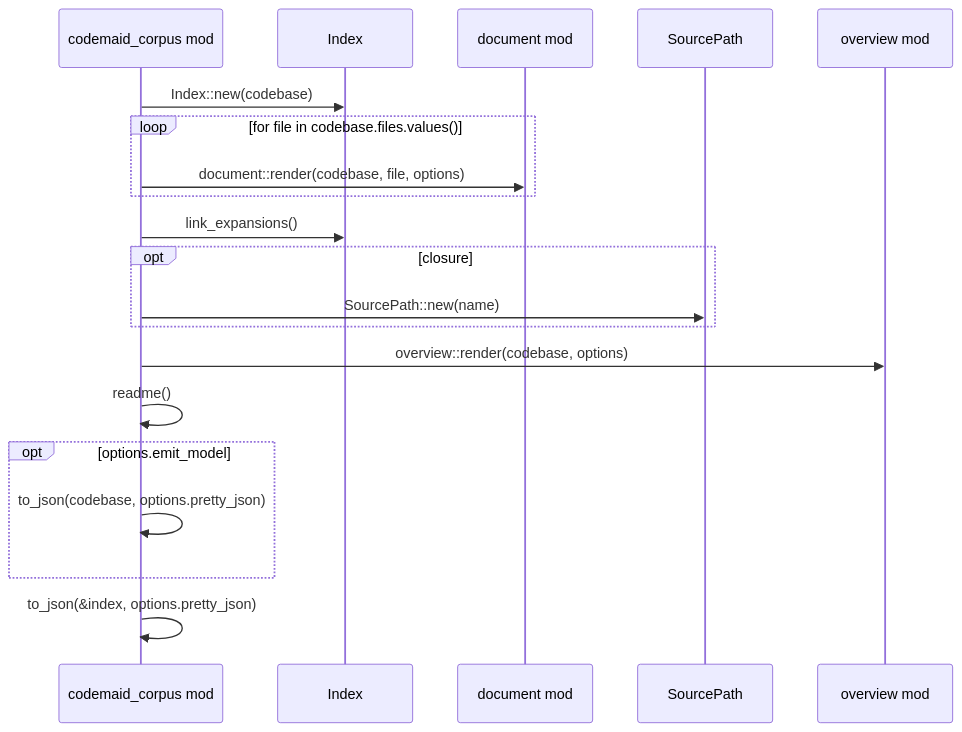
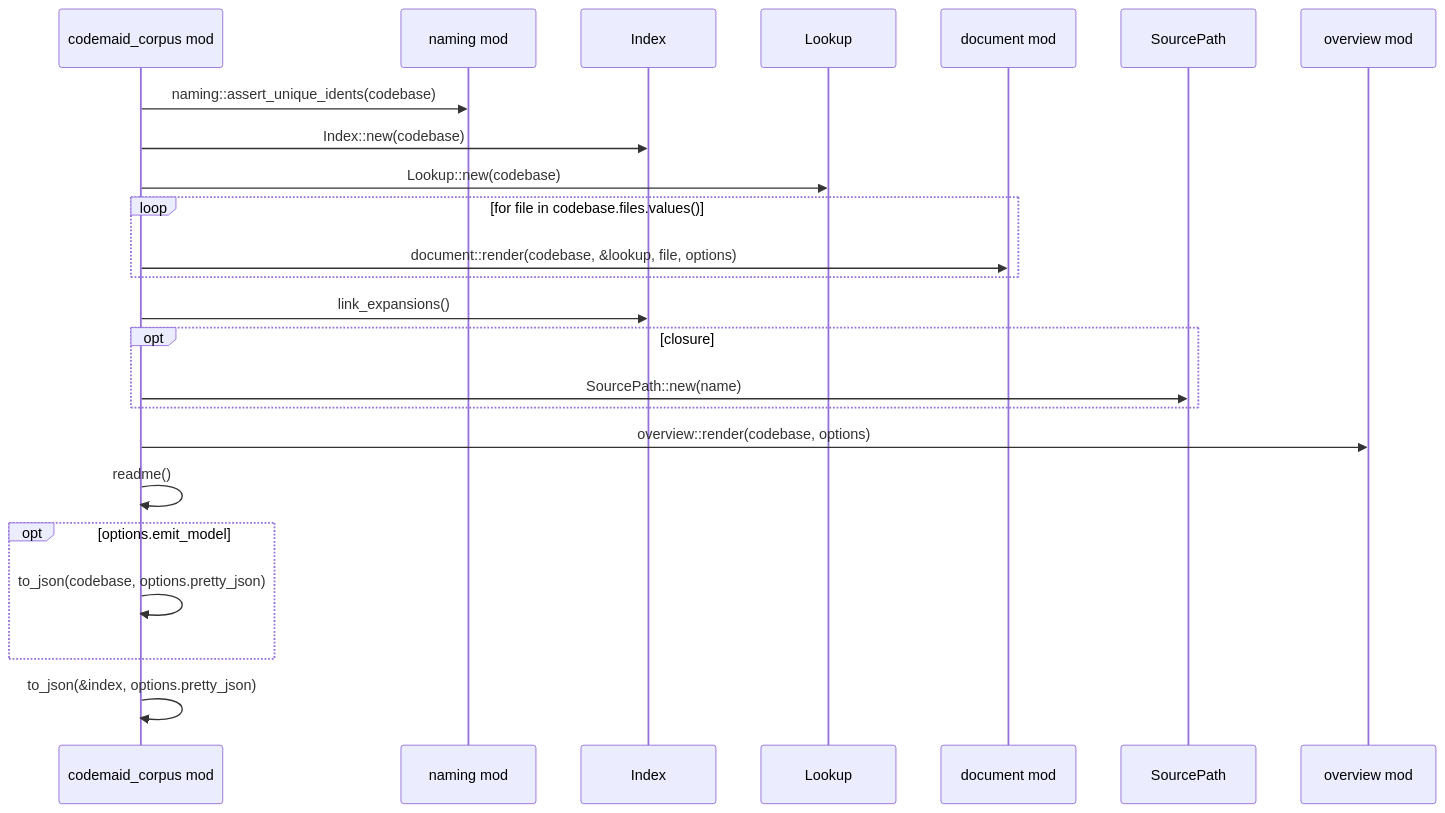
The third of 6 diagrams in docs/codemaid/crates/codemaid-corpus/src/lib.rs.md (DreamLab-AI/codemaid), drawn with Mermaid before and after one commit. The commit also changed other lines of this file and 29 other files, not shown here.

````diff
--- a/docs/codemaid/crates/codemaid-corpus/src/lib.rs.md
+++ b/docs/codemaid/crates/codemaid-corpus/src/lib.rs.md
@@ -92,22 +110,26 @@
 ```mermaid
 sequenceDiagram
   participant codemaid_corpus as codemaid_corpus mod
+  participant codemaid_corpus__naming as naming mod
   participant codemaid_corpus__index__Index as Index
+  participant codemaid_corpus__Lookup as Lookup
   participant codemaid_corpus__document as document mod
   participant codemaid_model__path__SourcePath as SourcePath
   participant codemaid_corpus__overview as overview mod
+  codemaid_corpus->>codemaid_corpus__naming: naming::assert_unique_idents(codebase)
   codemaid_corpus->>codemaid_corpus__index__Index: Index::new(codebase)
+  codemaid_corpus->>codemaid_corpus__Lookup: Lookup::new(codebase)
   loop for file in codebase.files.values()
-    codemaid_corpus->>codemaid_corpus__document: document::render(codebase, file, options)
+    codemaid_corpus->>codemaid_corpus__document: document::render(codebase, &lookup, file, options)
   end
   codemaid_corpus->>codemaid_corpus__index__Index: link_expansions()
   opt closure
     codemaid_corpus->>codemaid_model__path__SourcePath: SourcePath::new(name)
   end
   codemaid_corpus->>codemaid_corpus__overview: overview::render(codebase, options)
   codemaid_corpus->>codemaid_corpus: readme()
   opt options.emit_model
     codemaid_corpus->>codemaid_corpus: to_json(codebase, options.pretty_json)
   end
   codemaid_corpus->>codemaid_corpus: to_json(&index, options.pretty_json)
 ```
````
